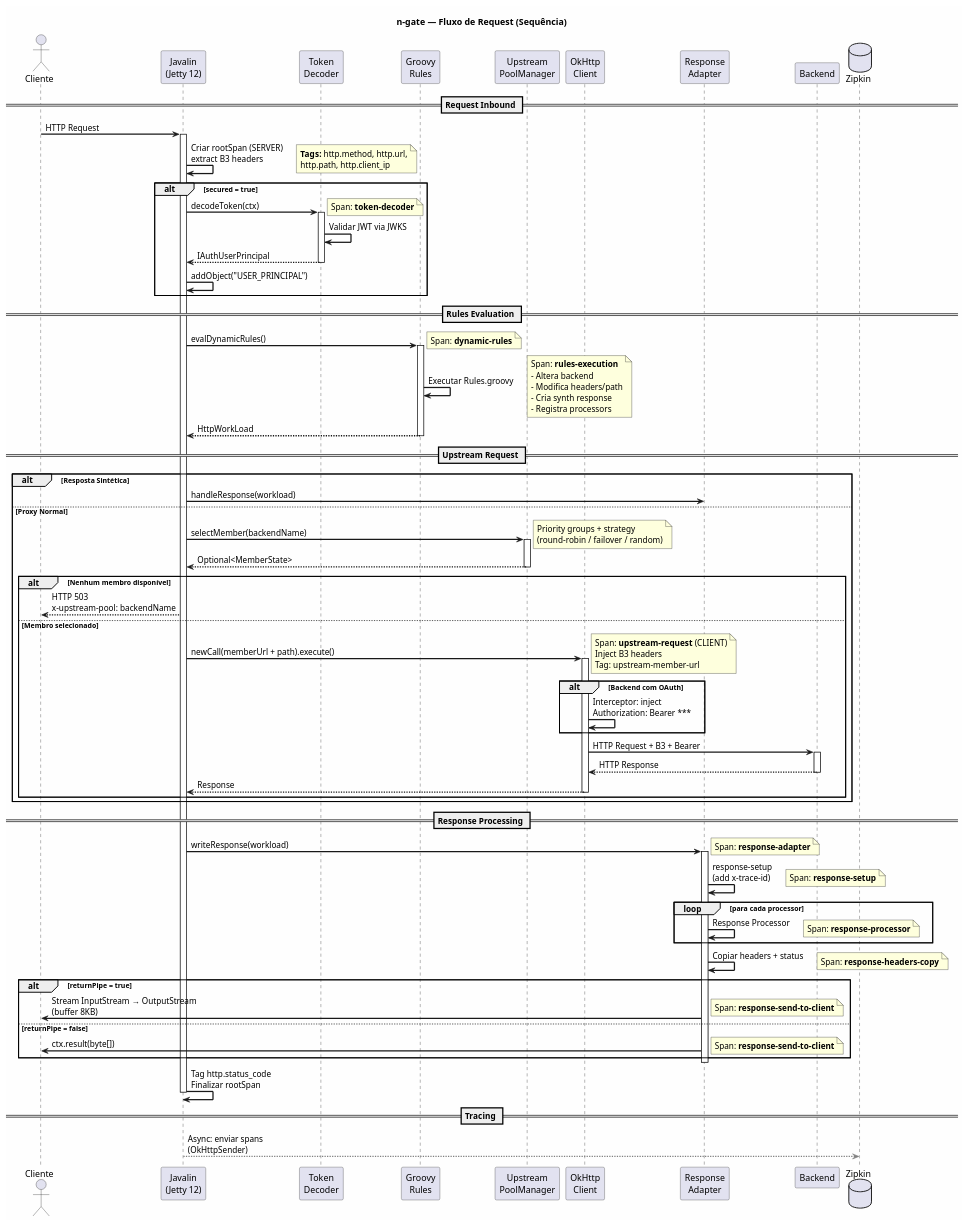
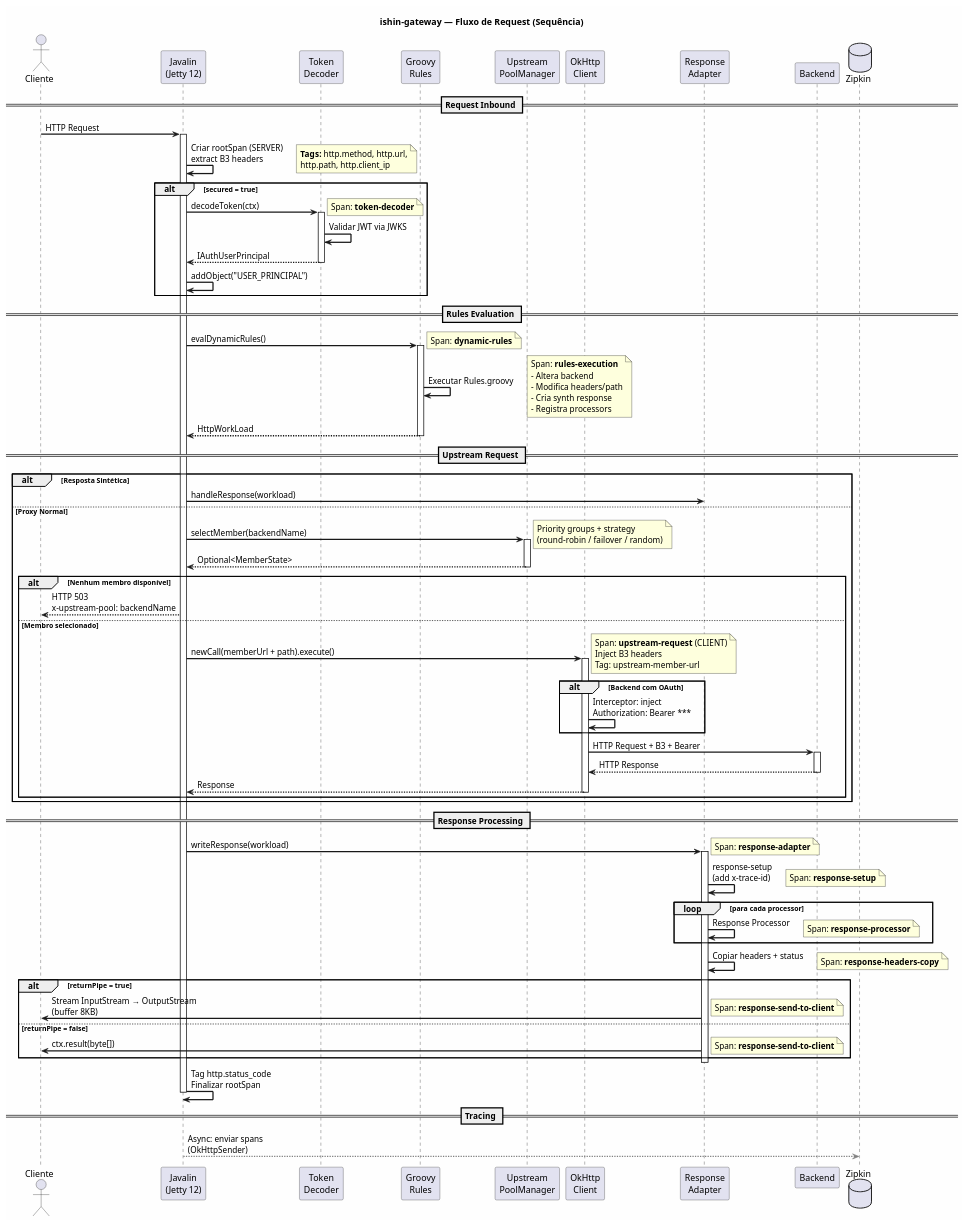
Before and after one commit to nishisan-dev/ishin-gateway: the diagram in docs/diagrams/request_flow.puml, drawn with PlantUML. The commit also changed 343 other files, not shown here.

First line of the commit message:
refactor: rename project from n-gate to ishin-gateway

```diff
--- a/docs/diagrams/request_flow.puml
+++ b/docs/diagrams/request_flow.puml
@@ -1,115 +1,115 @@
 @startuml
-title n-gate — Fluxo de Request (Sequência)
+title ishin-gateway — Fluxo de Request (Sequência)
 
 skinparam backgroundColor #FEFEFE
 skinparam sequenceArrowThickness 2
 skinparam sequenceParticipantBorderColor #333333
 
 actor "Cliente" as client
 participant "Javalin\n(Jetty 12)" as javalin
 participant "Token\nDecoder" as decoder
 participant "Groovy\nRules" as groovy
 participant "Upstream\nPoolManager" as poolmgr
 participant "OkHttp\nClient" as okhttp
 participant "Response\nAdapter" as response
 participant "Backend" as backend
 database "Zipkin" as zipkin
 
 == Request Inbound ==
 
 client -> javalin : HTTP Request
 activate javalin
 
 javalin -> javalin : Criar rootSpan (SERVER)\nextract B3 headers
 note right: **Tags:** http.method, http.url,\nhttp.path, http.client_ip
 
 alt secured = true
     javalin -> decoder : decodeToken(ctx)
     activate decoder
     note right: Span: **token-decoder**
     decoder -> decoder : Validar JWT via JWKS
     decoder --> javalin : IAuthUserPrincipal
     deactivate decoder
     javalin -> javalin : addObject("USER_PRINCIPAL")
 end
 
 == Rules Evaluation ==
 
 javalin -> groovy : evalDynamicRules()
 activate groovy
 note right: Span: **dynamic-rules**
 
 groovy -> groovy : Executar Rules.groovy
 note right: Span: **rules-execution**\n- Altera backend\n- Modifica headers/path\n- Cria synth response\n- Registra processors
 
 groovy --> javalin : HttpWorkLoad
 deactivate groovy
 
 == Upstream Request ==
 
 alt Resposta Sintética
     javalin -> response : handleResponse(workload)
 else Proxy Normal
     javalin -> poolmgr : selectMember(backendName)
     activate poolmgr
     note right: Priority groups + strategy\n(round-robin / failover / random)
     poolmgr --> javalin : Optional<MemberState>
     deactivate poolmgr
 
     alt Nenhum membro disponível
         javalin --> client : HTTP 503\nx-upstream-pool: backendName
     else Membro selecionado
         javalin -> okhttp : newCall(memberUrl + path).execute()
         activate okhttp
         note right: Span: **upstream-request** (CLIENT)\nInject B3 headers\nTag: upstream-member-url
 
         alt Backend com OAuth
             okhttp -> okhttp : Interceptor: inject\nAuthorization: Bearer ***
         end
 
         okhttp -> backend : HTTP Request + B3 + Bearer
         activate backend
         backend --> okhttp : HTTP Response
         deactivate backend
 
         okhttp --> javalin : Response
         deactivate okhttp
     end
 end
 
 == Response Processing ==
 
 javalin -> response : writeResponse(workload)
 activate response
 note right: Span: **response-adapter**
 
 response -> response : response-setup\n(add x-trace-id)
 note right: Span: **response-setup**
 
 loop para cada processor
     response -> response : Response Processor
     note right: Span: **response-processor**
 end
 
 response -> response : Copiar headers + status
 note right: Span: **response-headers-copy**
 
 alt returnPipe = true
     response -> client : Stream InputStream → OutputStream\n(buffer 8KB)
     note right: Span: **response-send-to-client**
 else returnPipe = false
     response -> client : ctx.result(byte[])
     note right: Span: **response-send-to-client**
 end
 
 deactivate response
 
 javalin -> javalin : Tag http.status_code\nFinalizar rootSpan
 
 deactivate javalin
 
 == Tracing ==
 
 javalin -[#gray]-> zipkin : Async: enviar spans\n(OkHttpSender)
 
 @enduml
```
